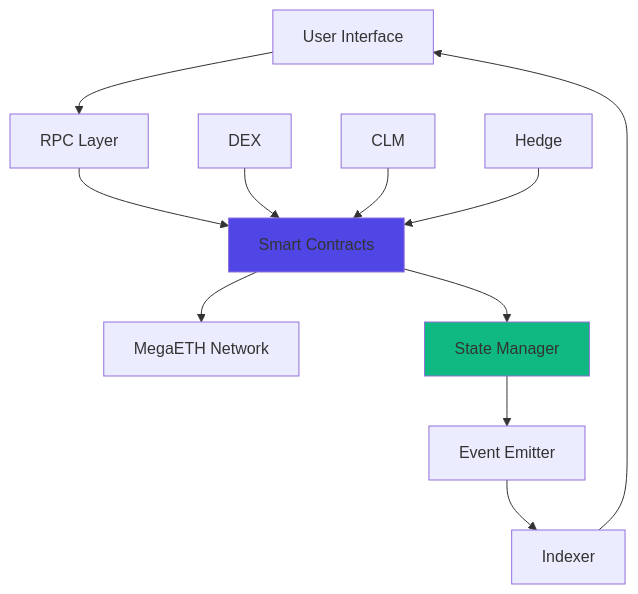
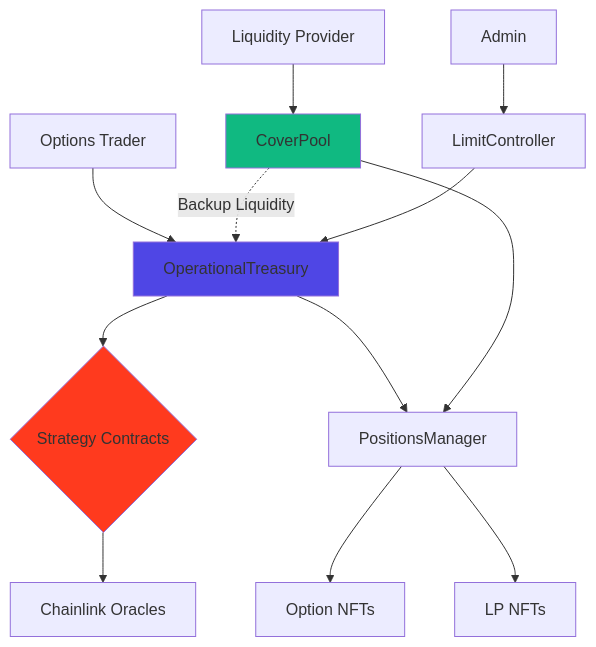
One commit to Mega-Fi/megafi-docs changed the diagram in landing/docs/technical/architecture.md. Above: the diagram before and after it, drawn with Mermaid. The commit also changed other lines of this file and 7 other files, not shown here.

````diff
--- a/landing/docs/technical/architecture.md
+++ b/landing/docs/technical/architecture.md
@@ -16,18 +16,20 @@
 ```mermaid
 graph TD
-    A[User Interface] --> B[RPC Layer]
-    B --> C[Smart Contracts]
-    C --> D[MegaETH Network]
+    A[Options Trader] --> B[OperationalTreasury]
+    B --> C{Strategy Contracts}
+    C --> D[Chainlink Oracles]
+    B --> E[PositionsManager]
+    E --> F[Option NFTs]
     
-    E[DEX] --> C
-    F[CLM] --> C
-    G[Hedge] --> C
+    G[Liquidity Provider] --> H[CoverPool]
+    H -.Backup Liquidity.-> B
+    H --> E
+    E --> I[LP NFTs]
     
-    C --> H[State Manager]
-    H --> I[Event Emitter]
-    I --> J[Indexer]
-    J --> A
+    J[Admin] --> K[LimitController]
+    K --> B
     
-    style C fill:#4F46E5
+    style B fill:#4F46E5
     style H fill:#10B981
+    style C fill:#FF3A1E
 ```
````
